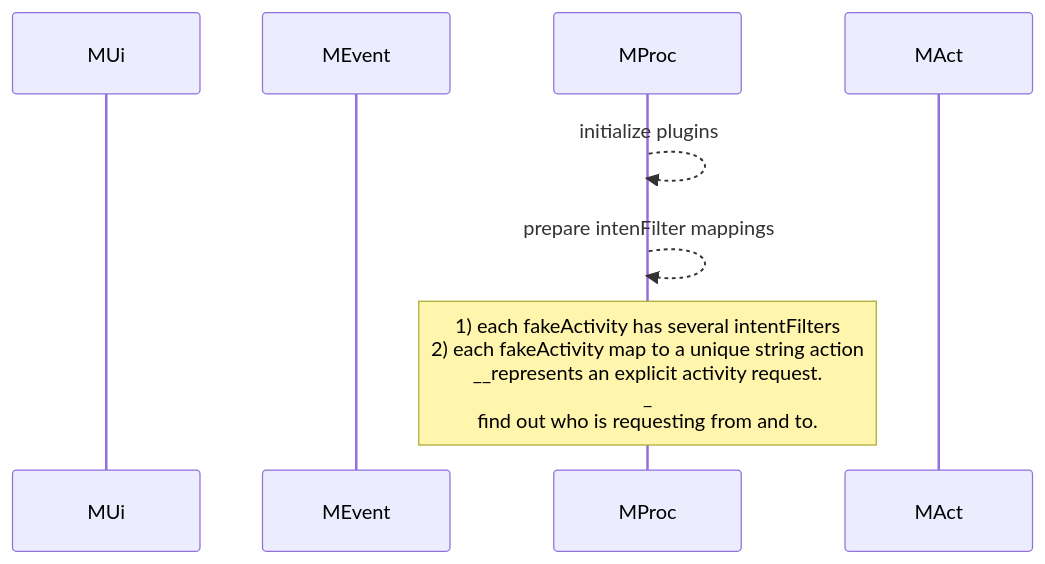
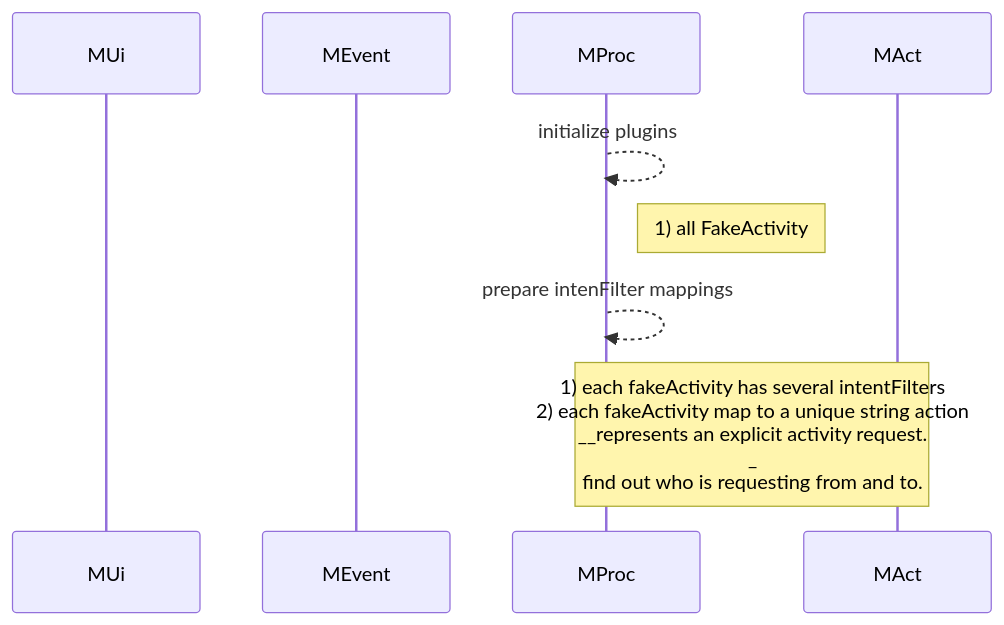
The third of 6 diagrams in flutter/android_to_flutter.md (gordianknotC/nxp_note), drawn with Mermaid before and after one commit. The commit also changed other lines of this file, not shown here.

Commit message:
flutter/android_to_flutter.md updated from https://stackedit.io/

````diff
--- a/flutter/android_to_flutter.md
+++ b/flutter/android_to_flutter.md
@@ -50,11 +50,14 @@
 ```mermaid
 sequenceDiagram
 participant MUi
 participant MEvent
 participant MProc
 participant MAct
 
 MProc-->>MProc: initialize plugins
+Note right of MProc: 1) all FakeActivity
+
 MProc-->>MProc: prepare intenFilter mappings
-Note over MProc: 1) each fakeActivity has several intentFilters<br>2) each fakeActivity map to a unique string action<br>__represents an explicit activity request.<br>_<br> find out who is requesting from and to.
+Note over MProc, MAct: 1) each fakeActivity has several intentFilters<br>2) each fakeActivity map to a unique string action<br>__represents an explicit activity request.<br>_<br> find out who is requesting from and to.
+
 ```
````
